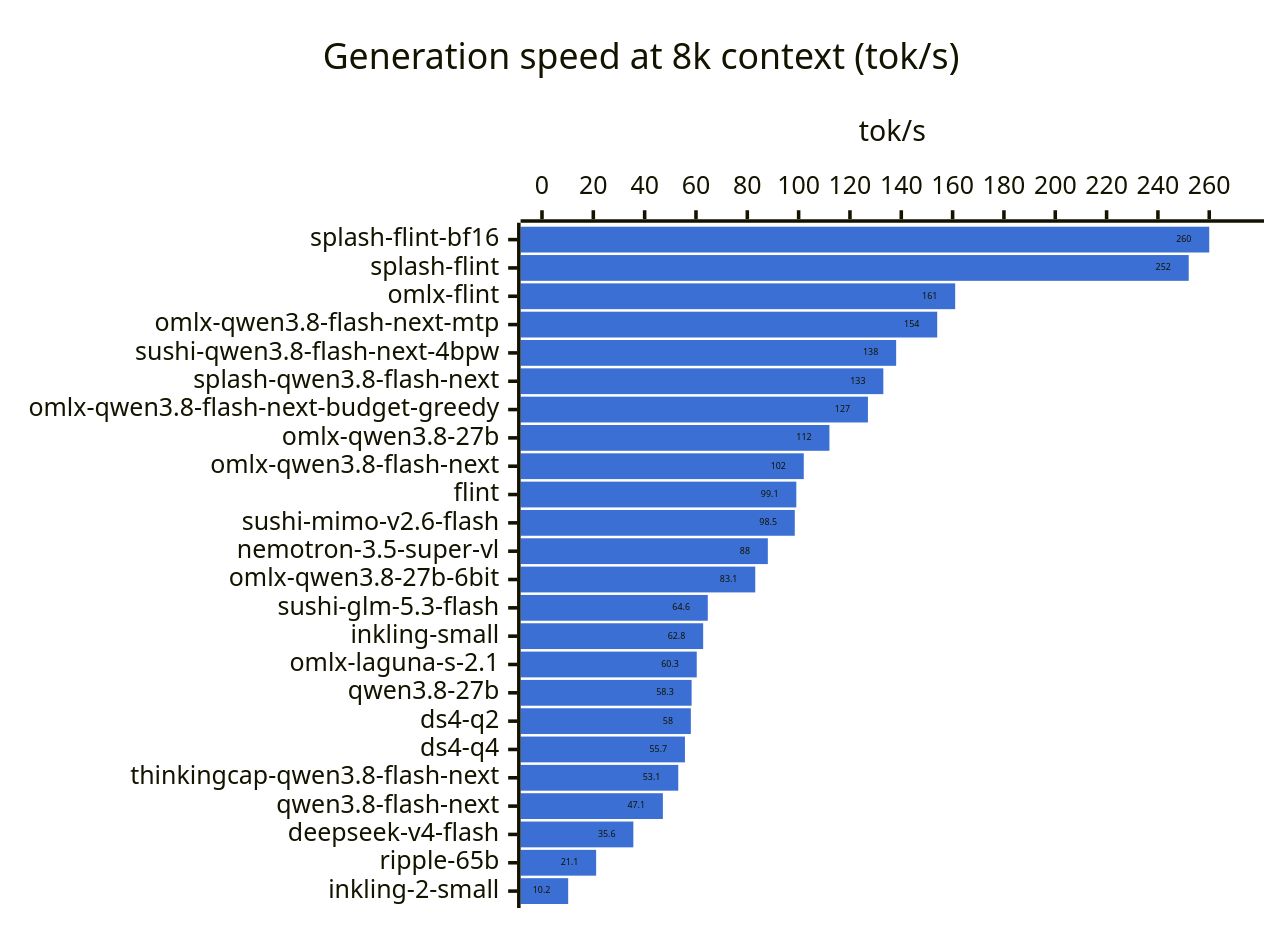
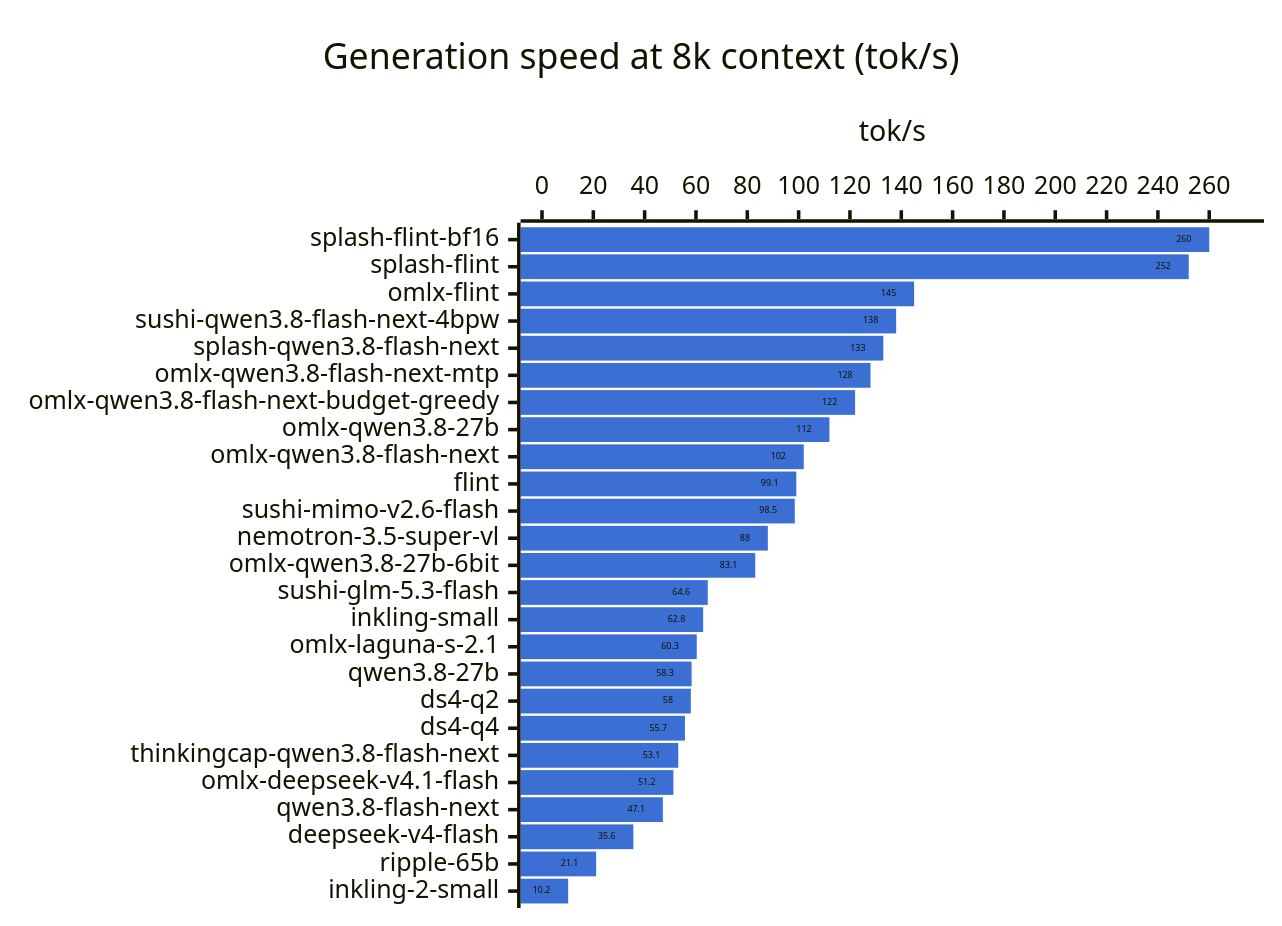
One commit to hofftodd/ai-bench changed the second of 2 diagrams in RESULTS-mac.md. Above: the diagram before and after it, drawn with Mermaid. The commit also changed other lines of this file and 10 other files, not shown here.

````diff
--- a/RESULTS-mac.md
+++ b/RESULTS-mac.md
@@ -79,8 +81,8 @@
 ```mermaid
 %%{init: {"xyChart": {"showDataLabel": true}, "themeVariables": {"xyChart": {"plotColorPalette": "#3b6fd4"}}}}%%
 xychart-beta horizontal
     title "Generation speed at 8k context (tok/s)"
-    x-axis ["splash-flint-bf16", "splash-flint", "omlx-flint", "omlx-qwen3.8-flash-next-mtp", "sushi-qwen3.8-flash-next-4bpw", "splash-qwen3.8-flash-next", "omlx-qwen3.8-flash-next-budget-greedy", "omlx-qwen3.8-27b", "omlx-qwen3.8-flash-next", "flint", "sushi-mimo-v2.6-flash", "nemotron-3.5-super-vl", "omlx-qwen3.8-27b-6bit", "sushi-glm-5.3-flash", "inkling-small", "omlx-laguna-s-2.1", "qwen3.8-27b", "ds4-q2", "ds4-q4", "thinkingcap-qwen3.8-flash-next", "qwen3.8-flash-next", "deepseek-v4-flash", "ripple-65b", "inkling-2-small"]
+    x-axis ["splash-flint-bf16", "splash-flint", "omlx-flint", "sushi-qwen3.8-flash-next-4bpw", "splash-qwen3.8-flash-next", "omlx-qwen3.8-flash-next-mtp", "omlx-qwen3.8-flash-next-budget-greedy", "omlx-qwen3.8-27b", "omlx-qwen3.8-flash-next", "flint", "sushi-mimo-v2.6-flash", "nemotron-3.5-super-vl", "omlx-qwen3.8-27b-6bit", "sushi-glm-5.3-flash", "inkling-small", "omlx-laguna-s-2.1", "qwen3.8-27b", "ds4-q2", "ds4-q4", "thinkingcap-qwen3.8-flash-next", "omlx-deepseek-v4.1-flash", "qwen3.8-flash-next", "deepseek-v4-flash", "ripple-65b", "inkling-2-small"]
     y-axis "tok/s" 0 --> 273
-    bar [260.0, 252.0, 161.0, 154.0, 138.0, 133.0, 127.0, 112.0, 102.0, 99.1, 98.5, 88.0, 83.1, 64.6, 62.8, 60.3, 58.3, 58.0, 55.7, 53.1, 47.1, 35.6, 21.1, 10.2]
+    bar [260.0, 252.0, 145.0, 138.0, 133.0, 128.0, 122.0, 112.0, 102.0, 99.1, 98.5, 88.0, 83.1, 64.6, 62.8, 60.3, 58.3, 58.0, 55.7, 53.1, 51.2, 47.1, 35.6, 21.1, 10.2]
 ```
````
